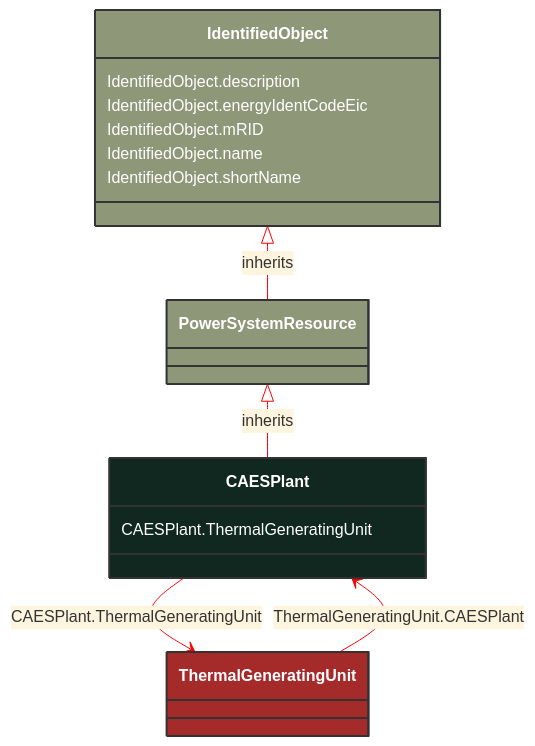
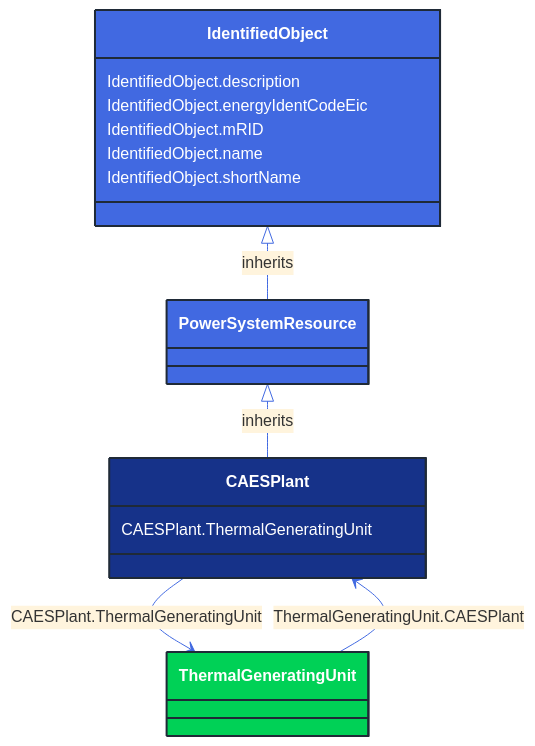
One commit to 3lbits/NoCIMExtensions changed the diagram in docs/Models/Profiles/CoreEquipment/ConcreteClasses/CAESPlant.md. Above: the diagram before and after it, drawn with Mermaid. The commit also changed 362 other files, not shown here.

First line of the commit message:
Update diagrams and styles for improved visual consistency

````diff
--- a/docs/Models/Profiles/CoreEquipment/ConcreteClasses/CAESPlant.md
+++ b/docs/Models/Profiles/CoreEquipment/ConcreteClasses/CAESPlant.md
@@ -8,35 +8,35 @@
 ```mermaid
-%%{init: {'theme':'base','themeVariables': {'lineColor': '#FF0000'}}}%%
+%%{init: {'theme':'base','themeVariables': {'lineColor': '#4169E1'}}}%%
 classDiagram
     class CAESPlant
     click CAESPlant href "/Models/Profiles/CoreEquipment/ConcreteClasses/CAESPlant/"
-    style CAESPlant fill:#102820,stroke:#333,stroke-width:2px,rx:10,ry:10,color:white
+    style CAESPlant fill:#163289,stroke:#1F2A37,stroke-width:2px,rx:10,ry:10,color:white
      
         PowerSystemResource <|-- CAESPlant : inherits
             click PowerSystemResource href "/Models/Profiles/CoreEquipment/AbstractClasses/PowerSystemResource/"
-            style PowerSystemResource fill:#8F9779,stroke:#333,stroke-width:2px,rx:10,ry:10,color:white
+            style PowerSystemResource fill:#4169E1,stroke:#1F2A37,stroke-width:2px,rx:10,ry:10,color:white
      
         IdentifiedObject <|-- PowerSystemResource : inherits
             click IdentifiedObject href "/Models/Profiles/CoreEquipment/AbstractClasses/IdentifiedObject/"
-            style IdentifiedObject fill:#8F9779,stroke:#333,stroke-width:2px,rx:10,ry:10,color:white
+            style IdentifiedObject fill:#4169E1,stroke:#1F2A37,stroke-width:2px,rx:10,ry:10,color:white
 
         CAESPlant --> ThermalGeneratingUnit : CAESPlant.ThermalGeneratingUnit
 
         ThermalGeneratingUnit
             click ThermalGeneratingUnit href "/Models/Profiles/CoreEquipment/ConcreteClasses/ThermalGeneratingUnit/"
-            style ThermalGeneratingUnit fill:#A52A2A,stroke:#333,stroke-width:2px,rx:10,ry:10,color:white
+            style ThermalGeneratingUnit fill:#00D156,stroke:#1F2A37,stroke-width:2px,rx:10,ry:10,color:white
 
         ThermalGeneratingUnit --> CAESPlant : ThermalGeneratingUnit.CAESPlant
 
         ThermalGeneratingUnit
             click ThermalGeneratingUnit href "/Models/Profiles/CoreEquipment/ConcreteClasses/ThermalGeneratingUnit/"
-            style ThermalGeneratingUnit fill:#A52A2A,stroke:#333,stroke-width:2px,rx:10,ry:10,color:white
+            style ThermalGeneratingUnit fill:#00D156,stroke:#1F2A37,stroke-width:2px,rx:10,ry:10,color:white
 
 
         CAESPlant : CAESPlant.ThermalGeneratingUnit
         IdentifiedObject : IdentifiedObject.description
         IdentifiedObject : IdentifiedObject.energyIdentCodeEic
         IdentifiedObject : IdentifiedObject.mRID
         IdentifiedObject : IdentifiedObject.name
         IdentifiedObject : IdentifiedObject.shortName
 ```
````
